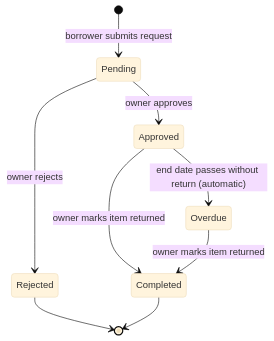
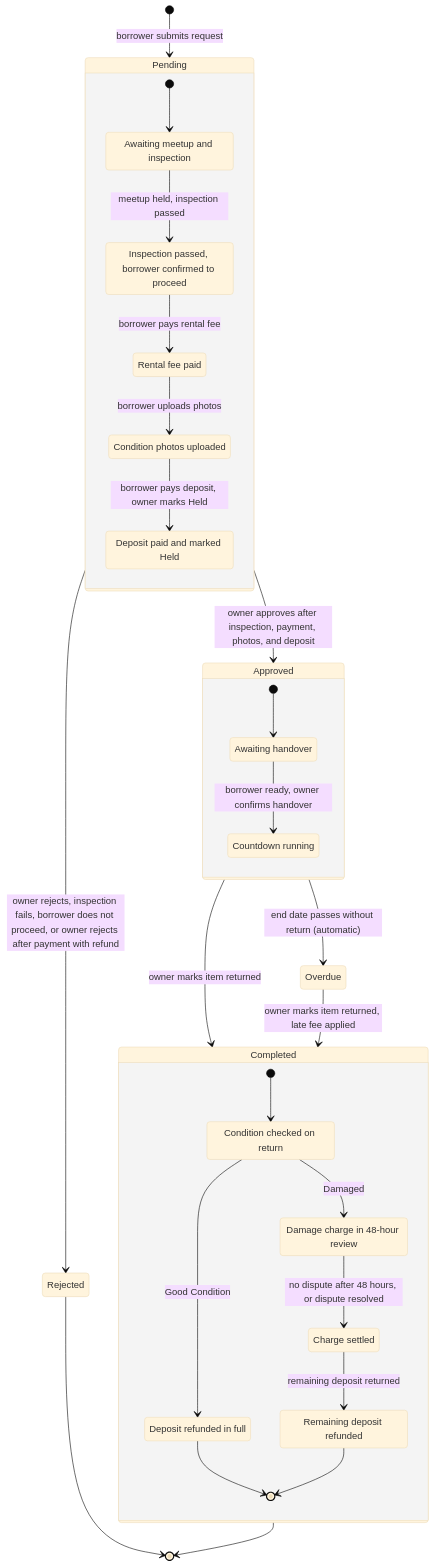
One commit to bhsei/26F changed the second of 4 diagrams in docs/requirements/SRS4.0.md. Above: the diagram before and after it, drawn with Mermaid (base theme). The commit also changed other lines of this file, not shown here.

````diff
--- a/docs/requirements/SRS4.0.md
+++ b/docs/requirements/SRS4.0.md
@@ -390,11 +492,49 @@
 ```mermaid
 stateDiagram-v2
     [*] --> Pending: borrower submits request
-    Pending --> Approved: owner approves
-    Pending --> Rejected: owner rejects
+
+    state Pending {
+        state "Awaiting meetup and inspection" as AwaitingInspection
+        state "Inspection passed, borrower confirmed to proceed" as Inspected
+        state "Rental fee paid" as FeePaid
+        state "Condition photos uploaded" as PhotosUploaded
+        state "Deposit paid and marked Held" as DepositHeld
+        [*] --> AwaitingInspection
+        AwaitingInspection --> Inspected: meetup held, inspection passed
+        Inspected --> FeePaid: borrower pays rental fee
+        FeePaid --> PhotosUploaded: borrower uploads photos
+        PhotosUploaded --> DepositHeld: borrower pays deposit, owner marks Held
+    }
+
+    Pending --> Rejected: owner rejects, inspection fails, borrower does not proceed, or owner rejects after payment with refund
+    Pending --> Approved: owner approves after inspection, payment, photos, and deposit
+
+    state Approved {
+        state "Awaiting handover" as AwaitingHandover
+        state "Countdown running" as Countdown
+        [*] --> AwaitingHandover
+        AwaitingHandover --> Countdown: borrower ready, owner confirms handover
+    }
+
     Approved --> Overdue: end date passes without return (automatic)
     Approved --> Completed: owner marks item returned
-    Overdue --> Completed: owner marks item returned
+    Overdue --> Completed: owner marks item returned, late fee applied
+
+    state Completed {
+        state "Condition checked on return" as ConditionChecked
+        state "Deposit refunded in full" as FullRefund
+        state "Damage charge in 48-hour review" as ChargeReview
+        state "Charge settled" as ChargeSettled
+        state "Remaining deposit refunded" as RemainingRefund
+        [*] --> ConditionChecked
+        ConditionChecked --> FullRefund: Good Condition
+        ConditionChecked --> ChargeReview: Damaged
+        ChargeReview --> ChargeSettled: no dispute after 48 hours, or dispute resolved
+        ChargeSettled --> RemainingRefund: remaining deposit returned
+        FullRefund --> [*]
+        RemainingRefund --> [*]
+    }
+
     Rejected --> [*]
     Completed --> [*]
 ```
````
